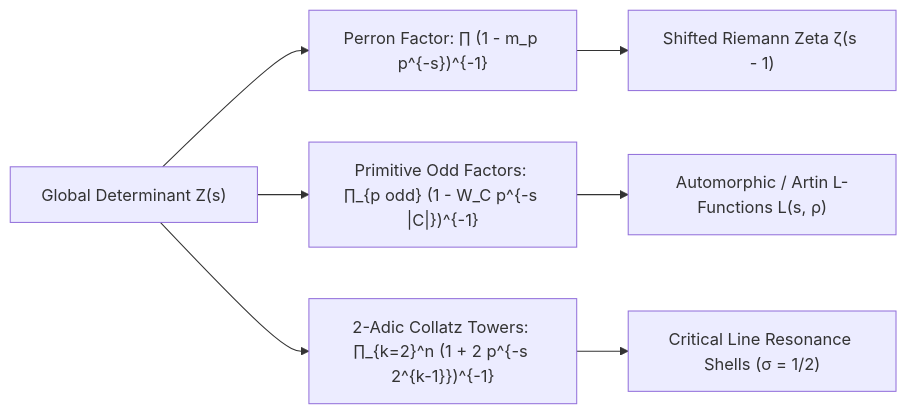
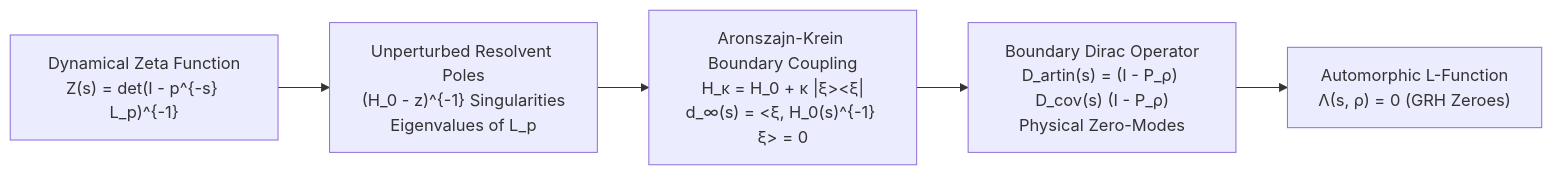
The third of 3 diagrams in docs/global_adelic_fusion_and_l_functions.md (sneed-and-feed/adelic-spectral-zeta), drawn with Mermaid before and after one commit. The commit also changed other lines of this file and 2 other files, not shown here.

Commit message:
Integrate peer review stress-testing: Aronszajn-Krein inversion, Archimedean S_0(R) regularization, and Montgomery-Odlyzko GUE chaos

````diff
--- a/docs/global_adelic_fusion_and_l_functions.md
+++ b/docs/global_adelic_fusion_and_l_functions.md
@@ -154,12 +284,15 @@
 ```mermaid
 graph LR
-    Z["Global Determinant Z(s)"]
+    Fred["Dynamical Zeta Function<br/>Z(s) = det(I - p^{-s} L_p)^{-1}"]
+    Resolvent["Unperturbed Resolvent Poles<br/>(H_0 - z)^{-1} Singularities<br/>Eigenvalues of L_p"]
     
-    Z --> P0["Perron Factor: ∏ (1 - m_p p^{-s})^{-1}"]
-    Z --> P1["Primitive Odd Factors: ∏_{p odd} (1 - W_C p^{-s |C|})^{-1}"]
-    Z --> P2["2-Adic Collatz Towers: ∏_{k=2}^n (1 + 2 p^{-s 2^{k-1}})^{-1}"]
+    AK["Aronszajn-Krein Boundary Coupling<br/>H_κ = H_0 + κ |ξ><ξ|<br/>d_∞(s) = <ξ, H_0(s)^{-1} ξ> = 0"]
     
-    P0 --> Zeta["Shifted Riemann Zeta ζ(s - 1)"]
-    P1 --> Artin["Automorphic / Artin L-Functions L(s, ρ)"]
-    P2 --> Cond["Critical Line Resonance Shells (σ = 1/2)"]
+    Dirac["Boundary Dirac Operator<br/>D_artin(s) = (I - P_ρ) D_cov(s) (I - P_ρ)<br/>Physical Zero-Modes"]
+    AutL["Automorphic L-Function<br/>Λ(s, ρ) = 0 (GRH Zeroes)"]
+    
+    Fred --> Resolvent
+    Resolvent --> AK
+    AK --> Dirac
+    Dirac --> AutL
 ```
````
